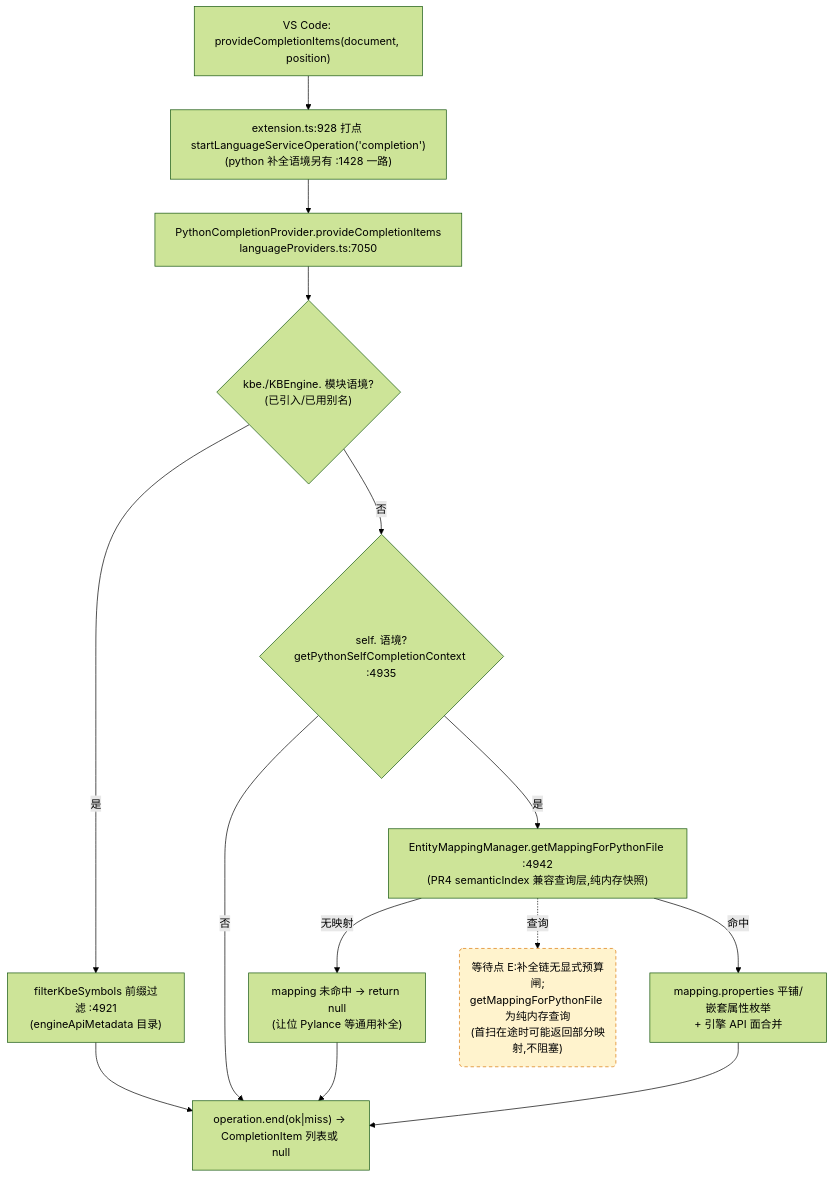
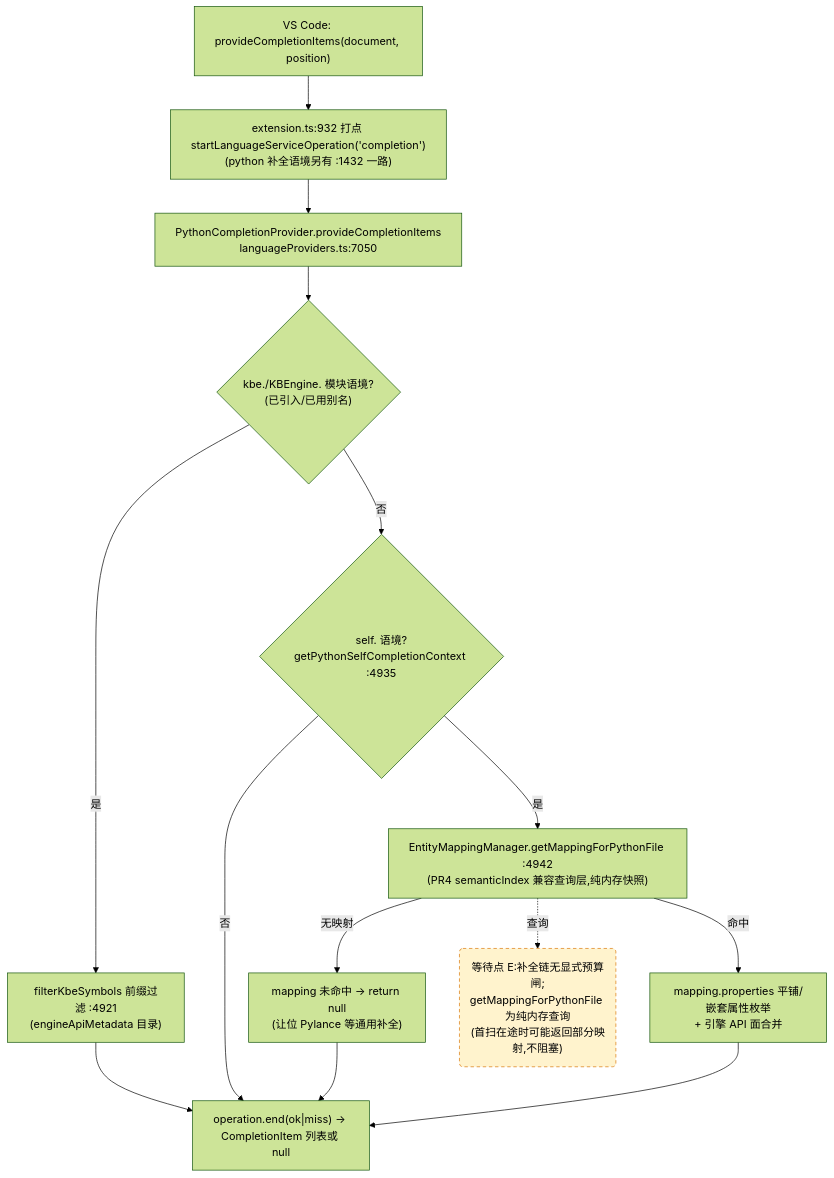
Before and after one commit to cuihairu/kode: the third of 4 diagrams in docs/perf/2026-baseline.md, drawn with Mermaid (forest theme). The commit also changed other lines of this file and 3 other files, not shown here.

````diff
--- a/docs/perf/2026-baseline.md
+++ b/docs/perf/2026-baseline.md
@@ -184,27 +184,27 @@
 ```mermaid
 flowchart TD
   VC3["VS Code: provideCompletionItems(document, position)"]
-  M3["extension.ts:928 打点 startLanguageServiceOperation('completion')<br/>(python 补全语境另有 :1428 一路)"]
+  M3["extension.ts:932 打点 startLanguageServiceOperation('completion')<br/>(python 补全语境另有 :1432 一路)"]
   CP["PythonCompletionProvider.provideCompletionItems<br/>languageProviders.ts:7050"]
   KBEC{"kbe./KBEngine. 模块语境?<br/>(已引入/已用别名)"}
   FILTER["filterKbeSymbols 前缀过滤 :4921<br/>(engineApiMetadata 目录)"]
   SELFC{"self. 语境?<br/>getPythonSelfCompletionContext :4935"}
   MAP["EntityMappingManager.getMappingForPythonFile :4942<br/>(PR4 semanticIndex 兼容查询层,纯内存快照)"]
   NOMAP["mapping 未命中 → return null<br/>(让位 Pylance 等通用补全)"]
   PROPS["mapping.properties 平铺/嵌套属性枚举<br/>+ 引擎 API 面合并"]
   END3["operation.end(ok|miss) → CompletionItem 列表或 null"]
 
   VC3 --> M3 --> CP --> KBEC
   KBEC -- "是" --> FILTER --> END3
   KBEC -- "否" --> SELFC
   SELFC -- "否" --> END3
   SELFC -- "是" --> MAP
   MAP -- "无映射" --> NOMAP --> END3
   MAP -- "命中" --> PROPS --> END3
 
   WAITE("等待点 E:补全链无显式预算闸;<br/>getMappingForPythonFile 为纯内存查询<br/>(首扫在途时可能返回部分映射,不阻塞)")
   MAP -.->|查询| WAITE
 
   classDef waitPoint fill:#fff3cd,stroke:#d97706,stroke-dasharray:5 4;
   class WAITE waitPoint;
 ```
````
